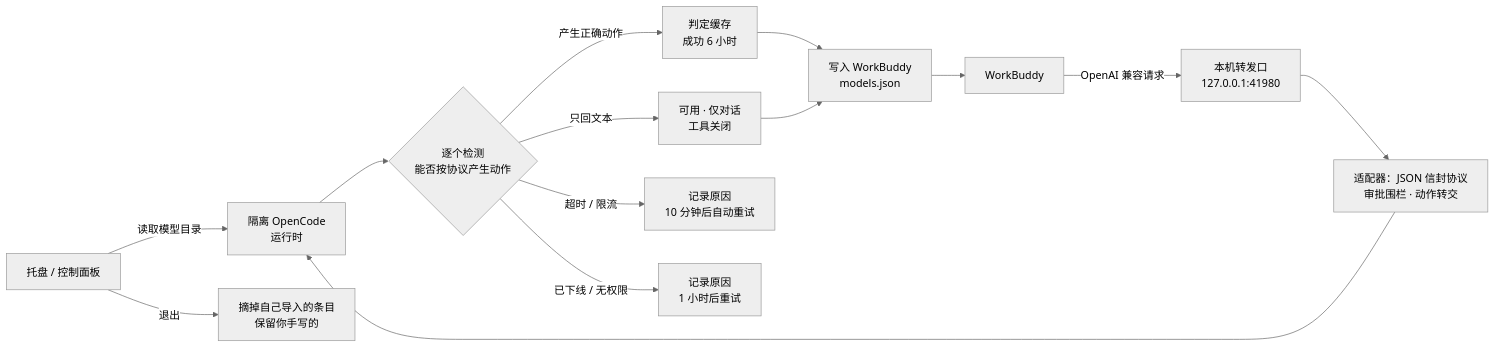
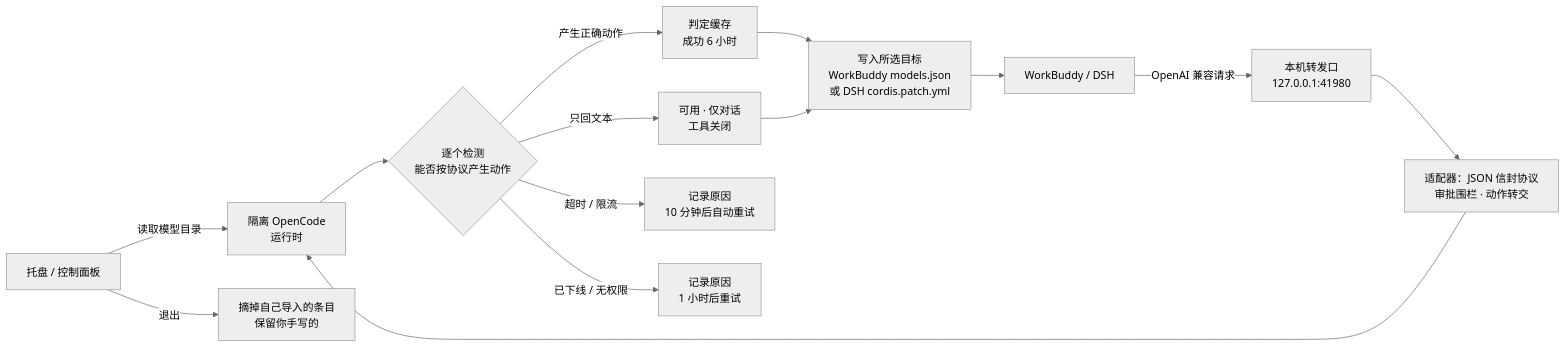
The diagram in data/readmes/HRuiCcc__RuiC-oc-ferry.md (zqf20096327/ai_collect), drawn with Mermaid (neutral theme) before and after one commit. The commit also changed other lines of this file and 2024 other files, not shown here.

````diff
--- a/data/readmes/HRuiCcc__RuiC-oc-ferry.md
+++ b/data/readmes/HRuiCcc__RuiC-oc-ferry.md
@@ -34,16 +36,16 @@
 ```mermaid
 flowchart LR
   A["托盘 / 控制面板"] -->|读取模型目录| B["隔离 OpenCode<br/>运行时"]
   B --> C{"逐个检测<br/>能否按协议产生动作"}
   C -->|产生正确动作| D["判定缓存<br/>成功 6 小时"]
   C -->|只回文本| E["可用 · 仅对话<br/>工具关闭"]
   C -->|超时 / 限流| F["记录原因<br/>10 分钟后自动重试"]
   C -->|已下线 / 无权限| G["记录原因<br/>1 小时后重试"]
-  D --> H["写入 WorkBuddy<br/>models.json"]
+  D --> H["写入所选目标<br/>WorkBuddy models.json<br/>或 DSH cordis.patch.yml"]
   E --> H
-  H --> I["WorkBuddy"]
+  H --> I["WorkBuddy / DSH"]
   I -->|"OpenAI 兼容请求"| J["本机转发口<br/>127.0.0.1:41980"]
   J --> K["适配器：JSON 信封协议<br/>审批围栏 · 动作转交"]
   K --> B
   A -->|退出| L["摘掉自己导入的条目<br/>保留你手写的"]
 ```
````
